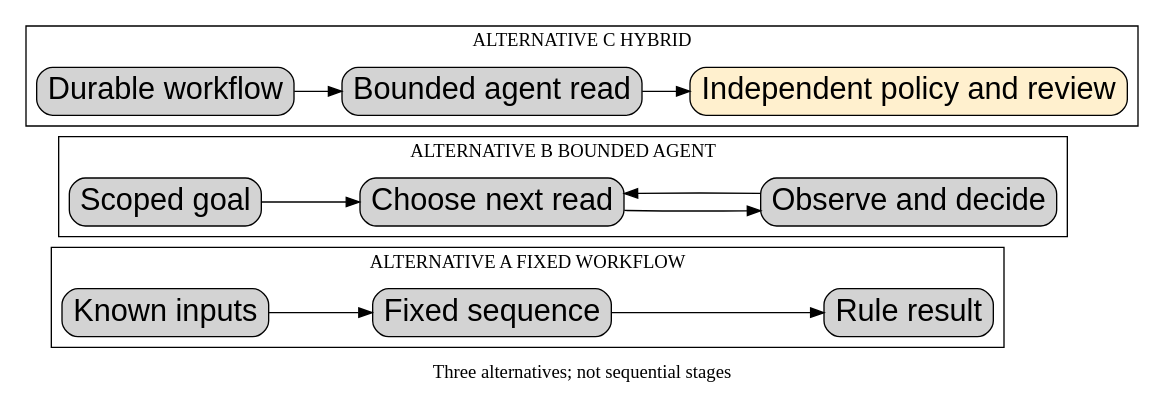
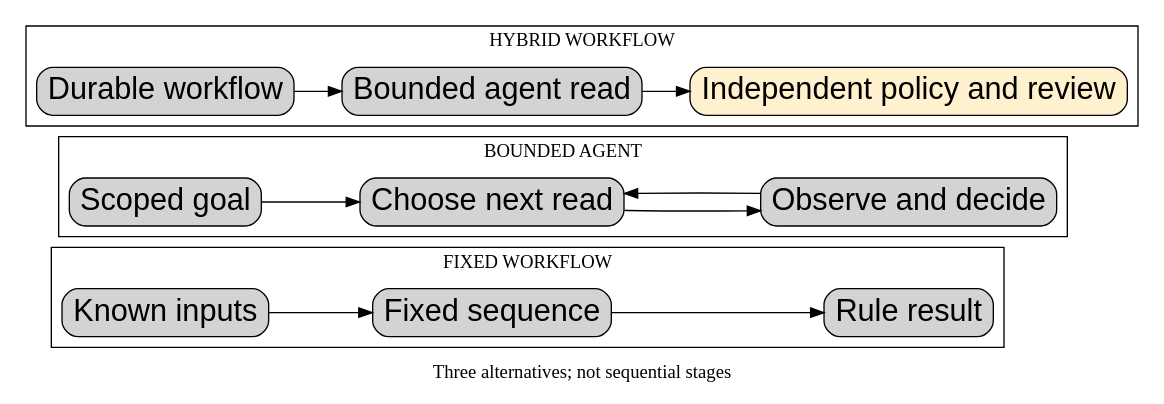
The diagram in assets/shared-figures/sources/F04-02.dot (etis-framework/etis-agentic-ai-book), drawn with Graphviz before and after one commit. The commit also changed 23 other files, not shown here.

```diff
--- a/assets/shared-figures/sources/F04-02.dot
+++ b/assets/shared-figures/sources/F04-02.dot
@@ -1,3 +1,3 @@
 // Logical editable DOT reference. Precise print master: F04-02.svg
 // publishing/scripts/figures.py correctly prefers SVG master when present.
-digraph F0402 { graph [label="Three alternatives; not sequential stages",rankdir=LR]; node[shape=box,style="rounded,filled",fontname="Arial",fontsize=23]; subgraph cluster_A {label="ALTERNATIVE A FIXED WORKFLOW"; a1[label="Known inputs"];a2[label="Fixed sequence"];a3[label="Rule result"];a1->a2->a3;} subgraph cluster_B {label="ALTERNATIVE B BOUNDED AGENT";b1[label="Scoped goal"];b2[label="Choose next read"];b3[label="Observe and decide"];b1->b2->b3;b3->b2;} subgraph cluster_C {label="ALTERNATIVE C HYBRID";c1[label="Durable workflow"];c2[label="Bounded agent read"];c3[label="Independent policy and review",fillcolor="#fff0ce"];c1->c2->c3;} }
+digraph F0402 { graph [label="Three alternatives; not sequential stages",rankdir=LR]; node[shape=box,style="rounded,filled",fontname="Arial",fontsize=23]; subgraph cluster_A {label="FIXED WORKFLOW"; a1[label="Known inputs"];a2[label="Fixed sequence"];a3[label="Rule result"];a1->a2->a3;} subgraph cluster_B {label="BOUNDED AGENT";b1[label="Scoped goal"];b2[label="Choose next read"];b3[label="Observe and decide"];b1->b2->b3;b3->b2;} subgraph cluster_C {label="HYBRID WORKFLOW";c1[label="Durable workflow"];c2[label="Bounded agent read"];c3[label="Independent policy and review",fillcolor="#fff0ce"];c1->c2->c3;} }
```
